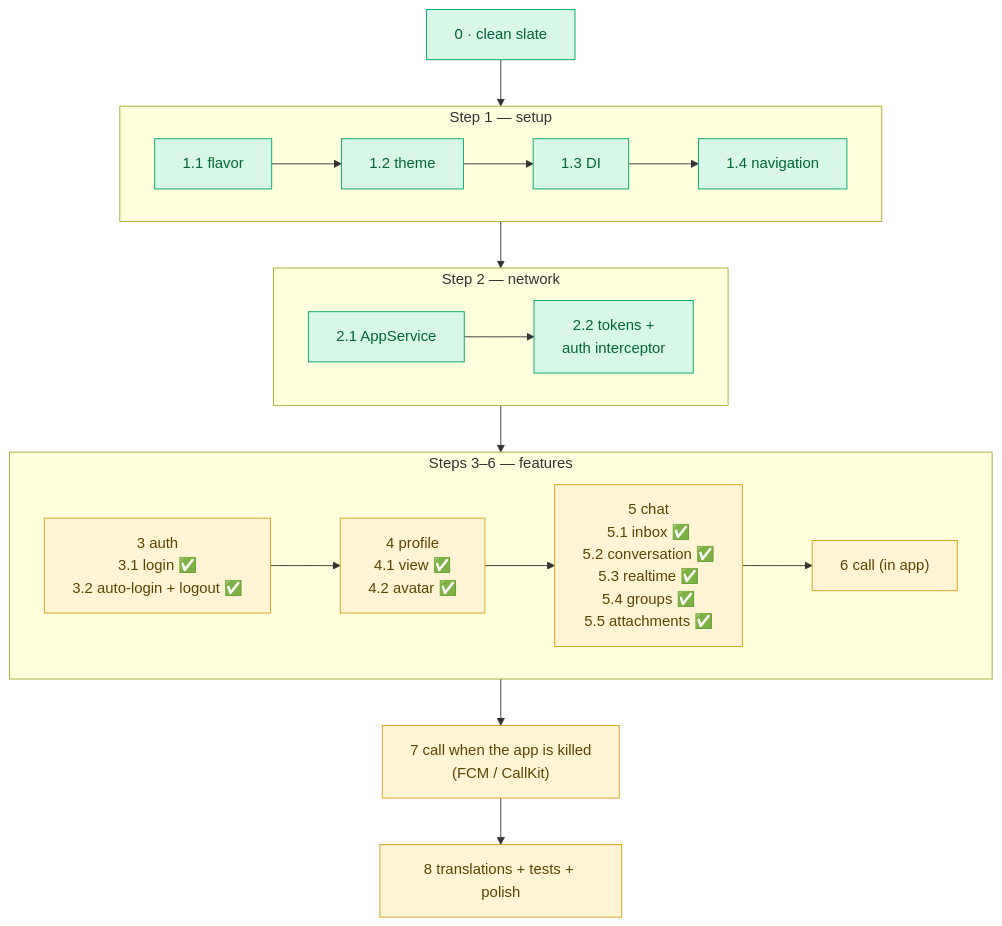
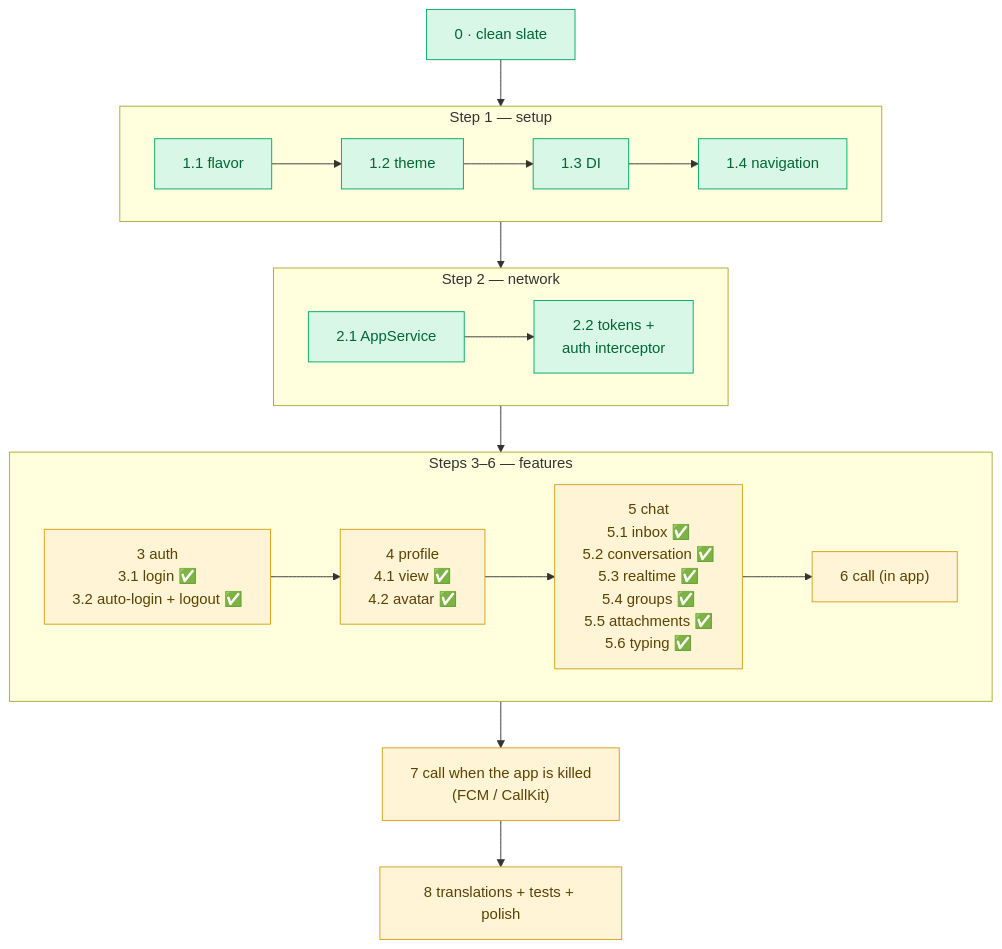
Before and after one commit to krouchvanyda/erp_flutter_claude: the third of 3 diagrams in docs/learning/REBUILD/README.md, drawn with Mermaid. The commit also changed other lines of this file and 21 other files, not shown here.

First line of the commit message:
feat(chat): implement typing indicator functionality

````diff
--- a/docs/learning/REBUILD/README.md
+++ b/docs/learning/REBUILD/README.md
@@ -73,26 +73,26 @@
 ```mermaid
 flowchart TD
     S0["0 · clean slate"] --> STEP1
     subgraph STEP1["Step 1 — setup"]
         direction LR
         S11["1.1 flavor"] --> S12["1.2 theme"] --> S13["1.3 DI"] --> S14["1.4 navigation"]
     end
     STEP1 --> STEP2
     subgraph STEP2["Step 2 — network"]
         direction LR
         S21["2.1 AppService"] --> S22["2.2 tokens +<br/>auth interceptor"]
     end
     STEP2 --> FEATS
     subgraph FEATS["Steps 3–6 — features"]
         direction LR
-        S3["3 auth<br/>3.1 login ✅<br/>3.2 auto-login + logout ✅"] --> S4["4 profile<br/>4.1 view ✅<br/>4.2 avatar ✅"] --> S5["5 chat<br/>5.1 inbox ✅<br/>5.2 conversation ✅<br/>5.3 realtime ✅<br/>5.4 groups ✅<br/>5.5 attachments ✅"] --> S6["6 call (in app)"]
+        S3["3 auth<br/>3.1 login ✅<br/>3.2 auto-login + logout ✅"] --> S4["4 profile<br/>4.1 view ✅<br/>4.2 avatar ✅"] --> S5["5 chat<br/>5.1 inbox ✅<br/>5.2 conversation ✅<br/>5.3 realtime ✅<br/>5.4 groups ✅<br/>5.5 attachments ✅<br/>5.6 typing ✅"] --> S6["6 call (in app)"]
     end
     FEATS --> S7["7 call when the app is killed<br/>(FCM / CallKit)"] --> S8["8 translations + tests + polish"]
     class S0,S11,S12,S13,S14,S21,S22 ok
     class S3,S4,S5,S6,S7,S8 wait
     classDef app fill:#dbe9ff,stroke:#3b6fd8,color:#123
     classDef ok fill:#d9f7e6,stroke:#00a86b,color:#063
     classDef wait fill:#fff4d6,stroke:#d4a017,color:#5a4300
     classDef none fill:#eeeeee,stroke:#999,color:#555
     classDef err fill:#fde2e2,stroke:#d64545,color:#611
 ```
````
